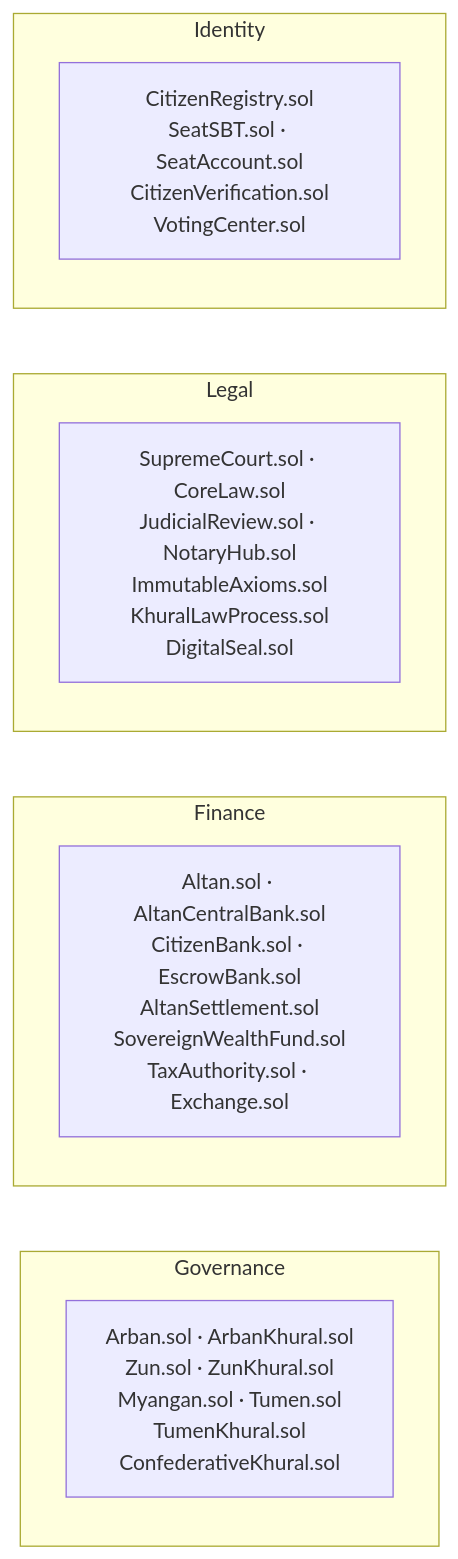
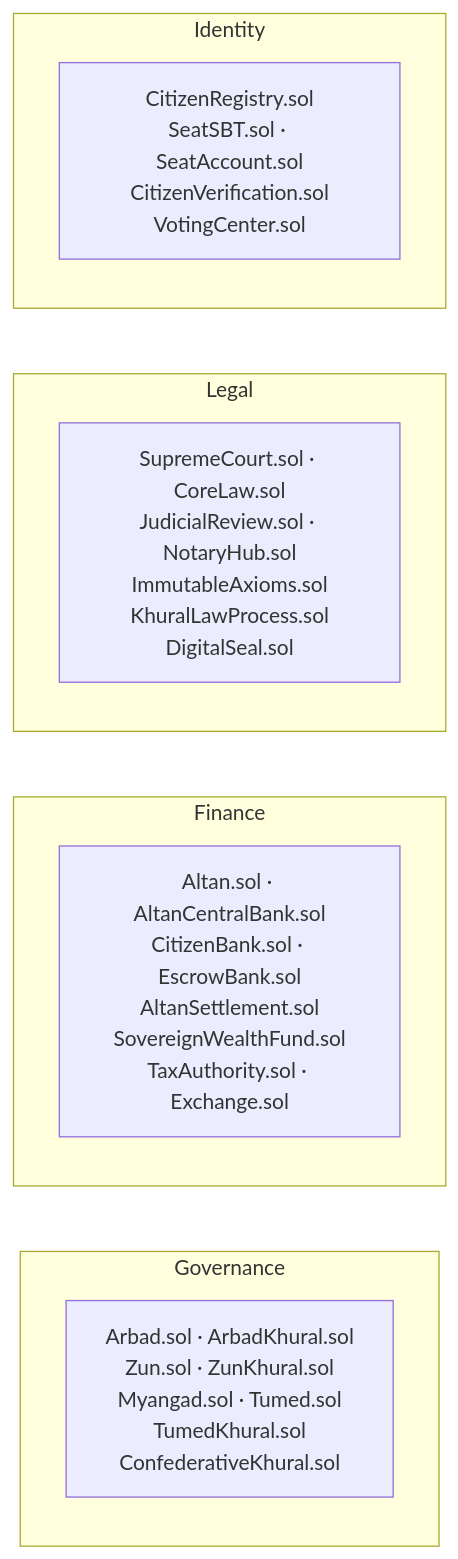
Before and after one commit to Khongirad/INOMAD: the third of 3 diagrams in README.md, drawn with Mermaid. The commit also changed other lines of this file and 217 other files, not shown here.

````diff
--- a/README.md
+++ b/README.md
@@ -157,15 +157,15 @@
 ```mermaid
 graph LR
     subgraph "Governance"
-        A1["Arban.sol · ArbanKhural.sol<br/>Zun.sol · ZunKhural.sol<br/>Myangan.sol · Tumen.sol<br/>TumenKhural.sol<br/>ConfederativeKhural.sol"]
+        A1["Arbad.sol · ArbadKhural.sol<br/>Zun.sol · ZunKhural.sol<br/>Myangad.sol · Tumed.sol<br/>TumedKhural.sol<br/>ConfederativeKhural.sol"]
     end
     subgraph "Finance"
         A2["Altan.sol · AltanCentralBank.sol<br/>CitizenBank.sol · EscrowBank.sol<br/>AltanSettlement.sol<br/>SovereignWealthFund.sol<br/>TaxAuthority.sol · Exchange.sol"]
     end
     subgraph "Legal"
         A3["SupremeCourt.sol · CoreLaw.sol<br/>JudicialReview.sol · NotaryHub.sol<br/>ImmutableAxioms.sol<br/>KhuralLawProcess.sol<br/>DigitalSeal.sol"]
     end
     subgraph "Identity"
         A4["CitizenRegistry.sol<br/>SeatSBT.sol · SeatAccount.sol<br/>CitizenVerification.sol<br/>VotingCenter.sol"]
     end
 ```
````
